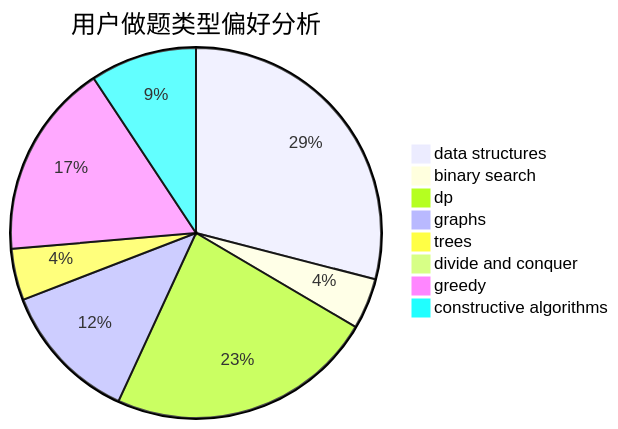
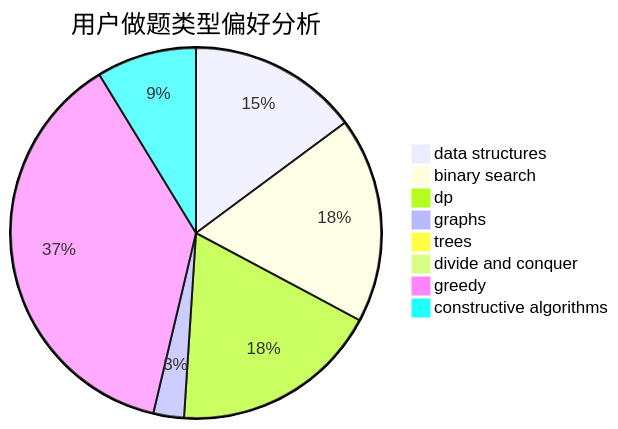
The second of 3 diagrams in docs/user/u676.md (sherpahu/cfrs.github.io), drawn with Mermaid before and after one commit. The commit also changed other lines of this file and 2770 other files, not shown here.

````diff
--- a/docs/user/u676.md
+++ b/docs/user/u676.md
@@ -23,11 +23,11 @@
 ```mermaid
 pie title 用户做题类型偏好分析
-    "data structures" :  568
-    "binary search" :  87
-    "dp" :  458
-    "graphs" :  240
-    "trees" :  88
-    "divide and conquer" :  0
-    "greedy" :  334
-    "constructive algorithms" :  182
+    "data structures" :  417
+    "binary search" :  504
+    "dp" :  512
+    "graphs" :  75
+    "trees" :  13
+    "divide and conquer" :  1
+    "greedy" :  1055
+    "constructive algorithms" :  245
 ```
````
